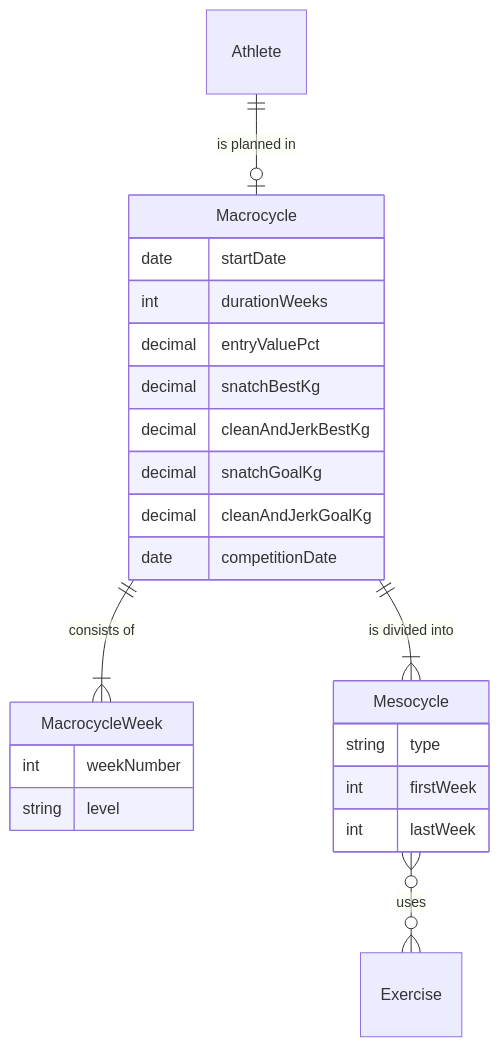
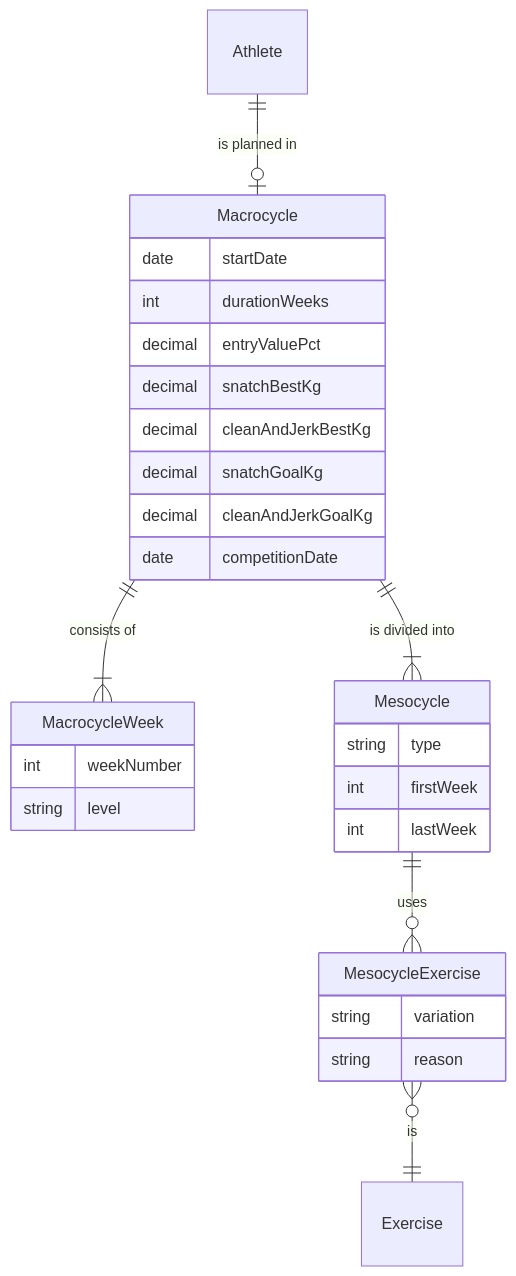
The diagram in openspec/changes/add-macrocycle-planning/design.md (simonwesthoff/cool), drawn with Mermaid before and after one commit. The commit also changed other lines of this file and 2 other files, not shown here.

Commit message:
Plan the exercise table with variation and reason for add-macrocycle-planning

````diff
--- a/openspec/changes/add-macrocycle-planning/design.md
+++ b/openspec/changes/add-macrocycle-planning/design.md
@@ -173,26 +188,31 @@
 ```mermaid
 erDiagram
     Athlete ||--o| Macrocycle : "is planned in"
     Macrocycle ||--|{ MacrocycleWeek : "consists of"
     Macrocycle ||--|{ Mesocycle : "is divided into"
-    Mesocycle }o--o{ Exercise : "uses"
+    Mesocycle ||--o{ MesocycleExercise : "uses"
+    MesocycleExercise }o--|| Exercise : "is"
     Macrocycle {
         date startDate
         int durationWeeks
         decimal entryValuePct
         decimal snatchBestKg
         decimal cleanAndJerkBestKg
         decimal snatchGoalKg
         decimal cleanAndJerkGoalKg
         date competitionDate
     }
     MacrocycleWeek {
         int weekNumber
         string level
     }
     Mesocycle {
         string type
         int firstWeek
         int lastWeek
     }
+    MesocycleExercise {
+        string variation
+        string reason
+    }
 ```
````
